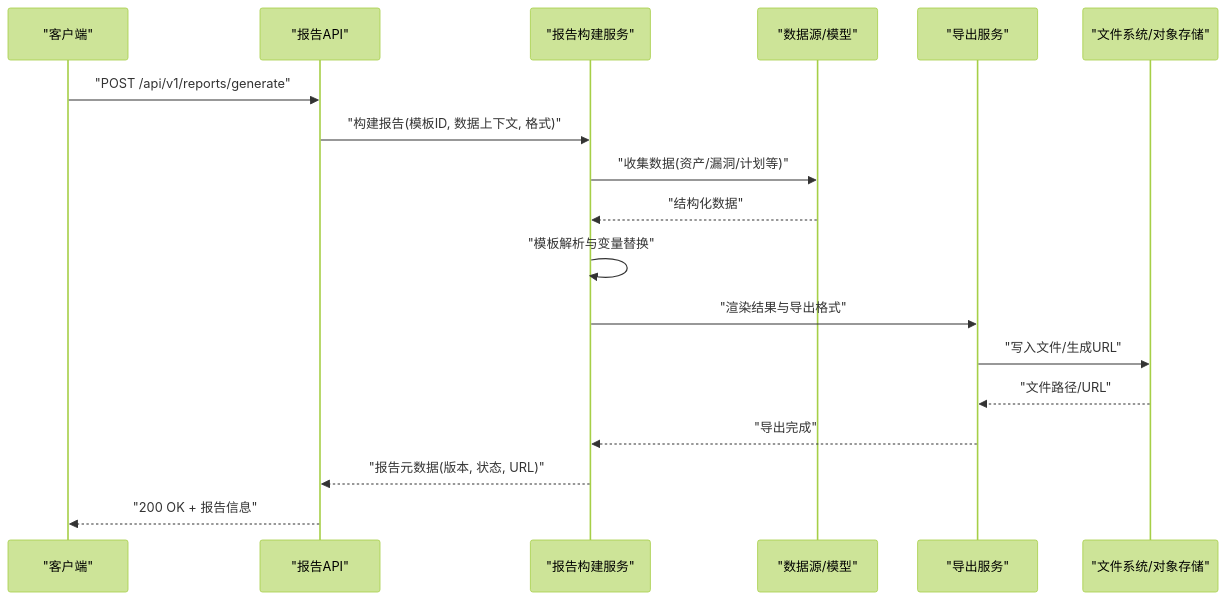
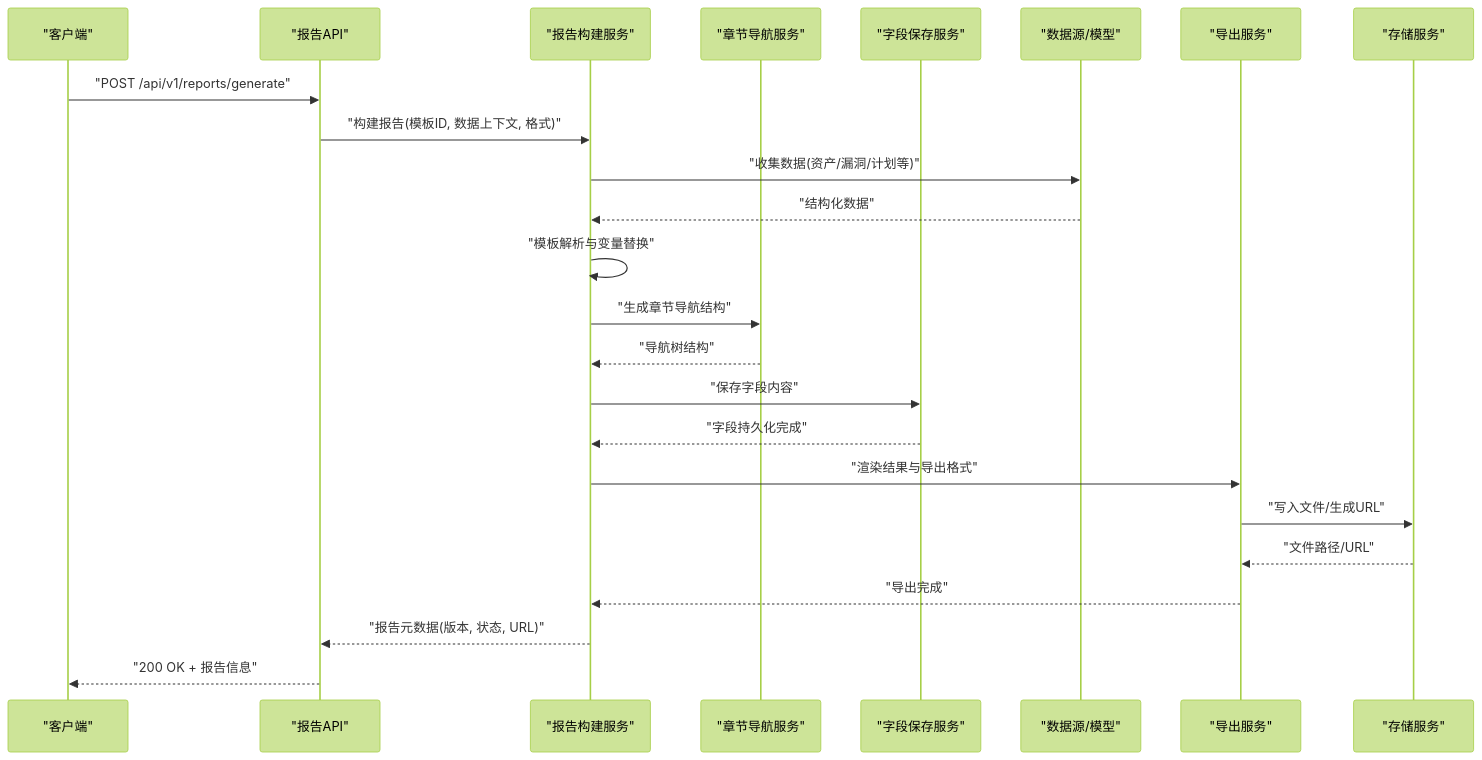
One commit to vu1Art1st/talos changed the second of 3 diagrams in .qoder/repowiki/zh/content/后端API文档/报告生成API.md. Above: the diagram before and after it, drawn with Mermaid (forest theme). The commit also changed other lines of this file and 129 other files, not shown here.

````diff
--- a/.qoder/repowiki/zh/content/后端API文档/报告生成API.md
+++ b/.qoder/repowiki/zh/content/后端API文档/报告生成API.md
@@ -106,20 +119,26 @@
 ```mermaid
 sequenceDiagram
 participant C as "客户端"
 participant API as "报告API"
 participant RB as "报告构建服务"
+participant NS as "章节导航服务"
+participant FS as "字段保存服务"
 participant DS as "数据源/模型"
 participant EX as "导出服务"
-participant FS as "文件系统/对象存储"
+participant ST as "存储服务"
 C->>API : "POST /api/v1/reports/generate"
 API->>RB : "构建报告(模板ID, 数据上下文, 格式)"
 RB->>DS : "收集数据(资产/漏洞/计划等)"
 DS-->>RB : "结构化数据"
 RB->>RB : "模板解析与变量替换"
+RB->>NS : "生成章节导航结构"
+NS-->>RB : "导航树结构"
+RB->>FS : "保存字段内容"
+FS-->>RB : "字段持久化完成"
 RB->>EX : "渲染结果与导出格式"
-EX->>FS : "写入文件/生成URL"
-FS-->>EX : "文件路径/URL"
+EX->>ST : "写入文件/生成URL"
+ST-->>EX : "文件路径/URL"
 EX-->>RB : "导出完成"
 RB-->>API : "报告元数据(版本, 状态, URL)"
 API-->>C : "200 OK + 报告信息"
 ```
````
